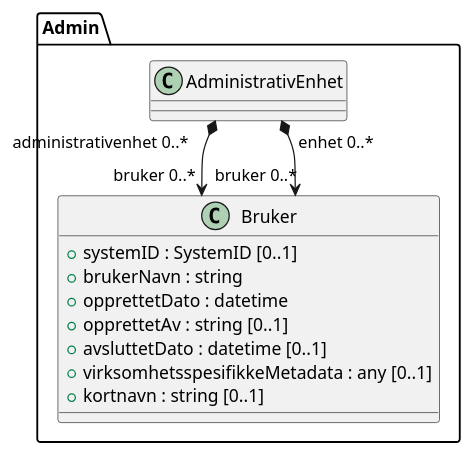
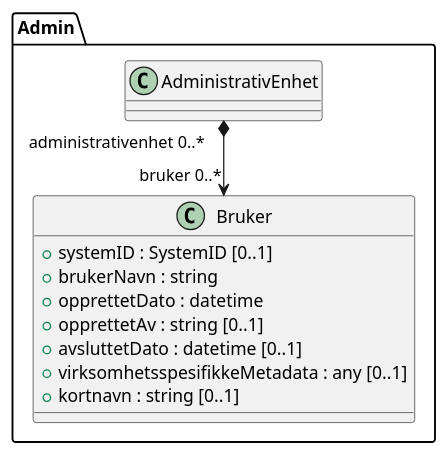
Before and after one commit to arkivverket/noark5-tjenestegrensesnitt-standard: the diagram in kapitler/media/uml-class-bruker.puml, drawn with PlantUML. The commit also changed 2 other files, not shown here.

Commit message:
Oppdaterte PlantUML-diagrammer basert på tekstlige endringer.

```diff
--- a/kapitler/media/uml-class-bruker.puml
+++ b/kapitler/media/uml-class-bruker.puml
@@ -1,14 +1,13 @@
 @startuml
 skinparam nodesep 100
 class Admin.Bruker {
   +systemID : SystemID [0..1]
   +brukerNavn : string
   +opprettetDato : datetime
   +opprettetAv : string [0..1]
   +avsluttetDato : datetime [0..1]
   +virksomhetsspesifikkeMetadata : any [0..1]
   +kortnavn : string [0..1]
 }
 Admin.AdministrativEnhet "administrativenhet 0..*" *--> "bruker 0..*" Admin.Bruker
-Admin.AdministrativEnhet "enhet 0..*" *--> "bruker 0..*" Admin.Bruker
 @enduml
```
